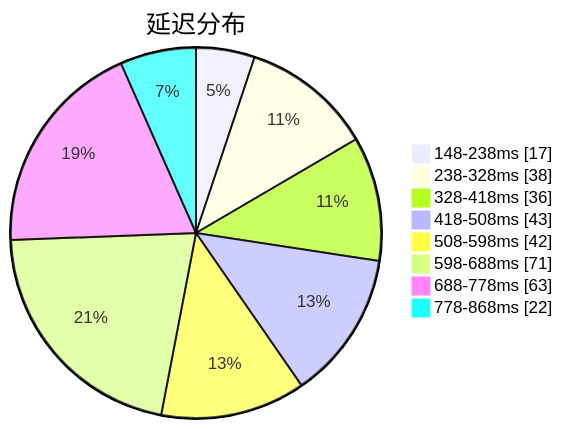
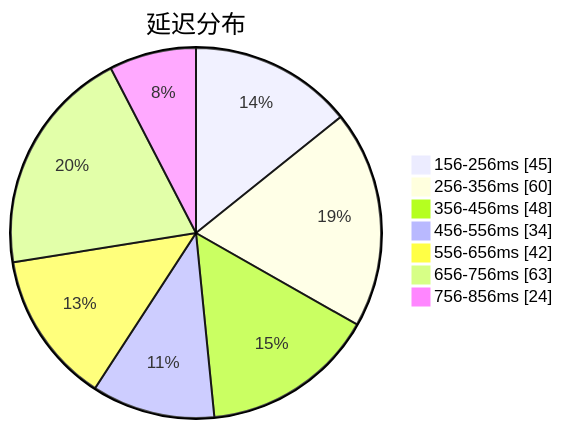
One commit to qjlxg/airport changed the first of 3 diagrams in subs/statistics/tested_within.md. Above: the diagram before and after it, drawn with Mermaid. The commit also changed other lines of this file and 2 other files, not shown here.

Commit message:
Tested by metaST

````diff
--- a/subs/statistics/tested_within.md
+++ b/subs/statistics/tested_within.md
@@ -2,12 +2,11 @@
 ```mermaid
 pie showData
 title 延迟分布
-"148-238ms" : 17
-"238-328ms" : 38
-"328-418ms" : 36
-"418-508ms" : 43
-"508-598ms" : 42
-"598-688ms" : 71
-"688-778ms" : 63
-"778-868ms" : 22
+"156-256ms" : 45
+"256-356ms" : 60
+"356-456ms" : 48
+"456-556ms" : 34
+"556-656ms" : 42
+"656-756ms" : 63
+"756-856ms" : 24
 ```
````
